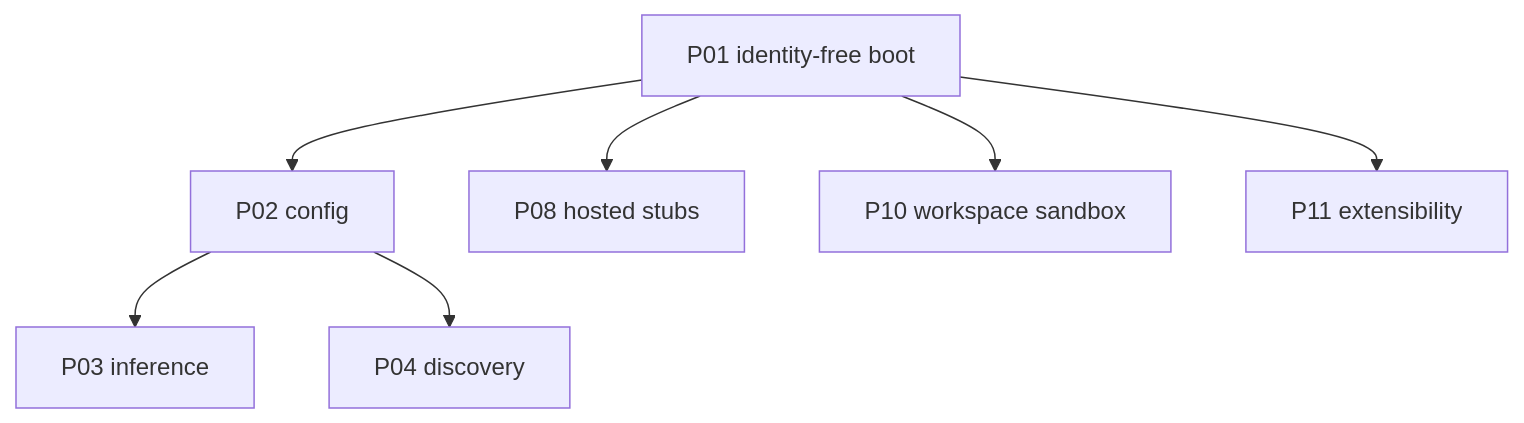
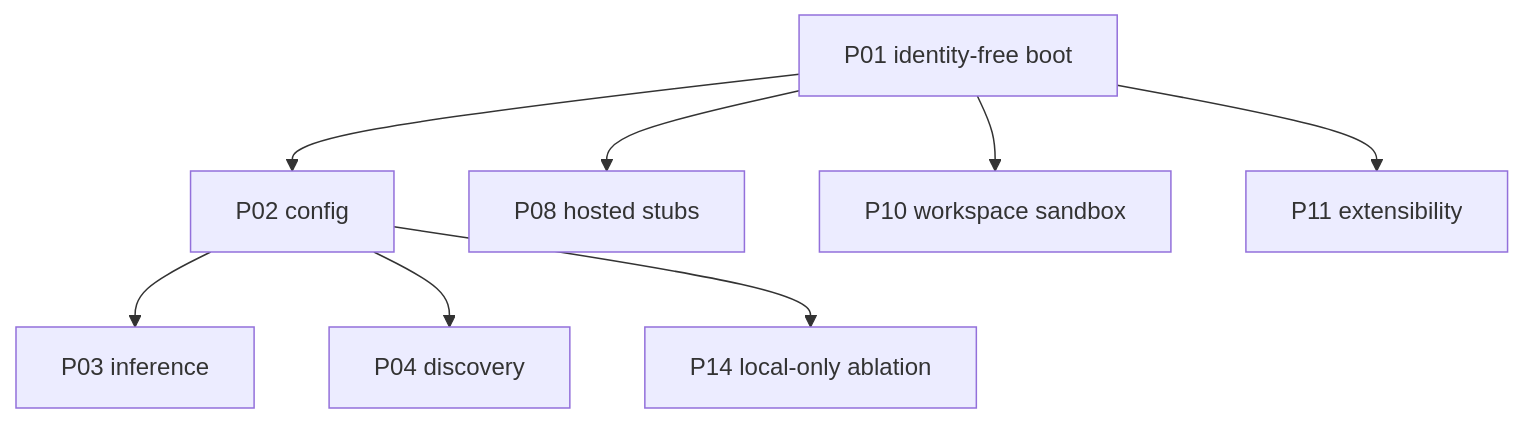
The fourth of 5 diagrams in phases/dag.md (christopherwolf1/grok-build-local), drawn with Mermaid before and after one commit. The commit also changed other lines of this file and 14 other files, not shown here.

````diff
--- a/phases/dag.md
+++ b/phases/dag.md
@@ -82,10 +84,11 @@
 ```mermaid
 flowchart TD
   P01[P01 identity-free boot]
   P01 --> P02[P02 config]
   P01 --> P08[P08 hosted stubs]
   P01 --> P10[P10 workspace sandbox]
   P01 --> P11[P11 extensibility]
   P02 --> P03[P03 inference]
   P02 --> P04[P04 discovery]
+  P02 --> P14[P14 local-only ablation]
 ```
````
